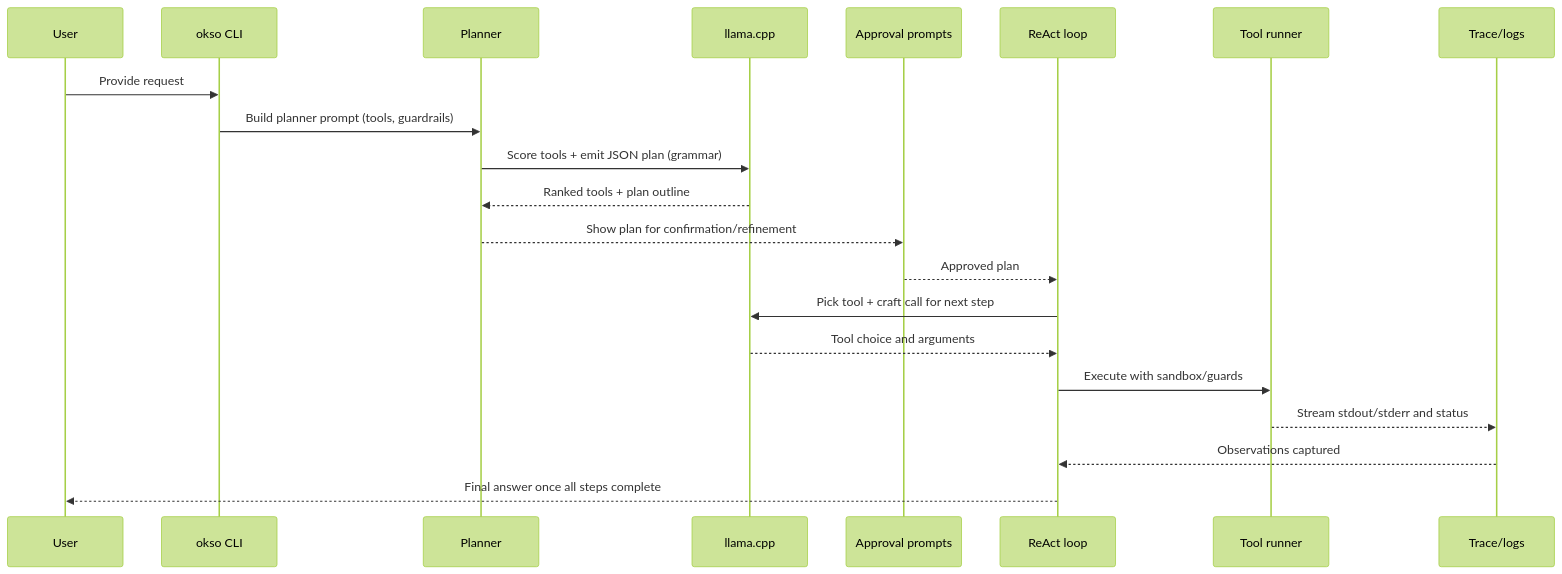
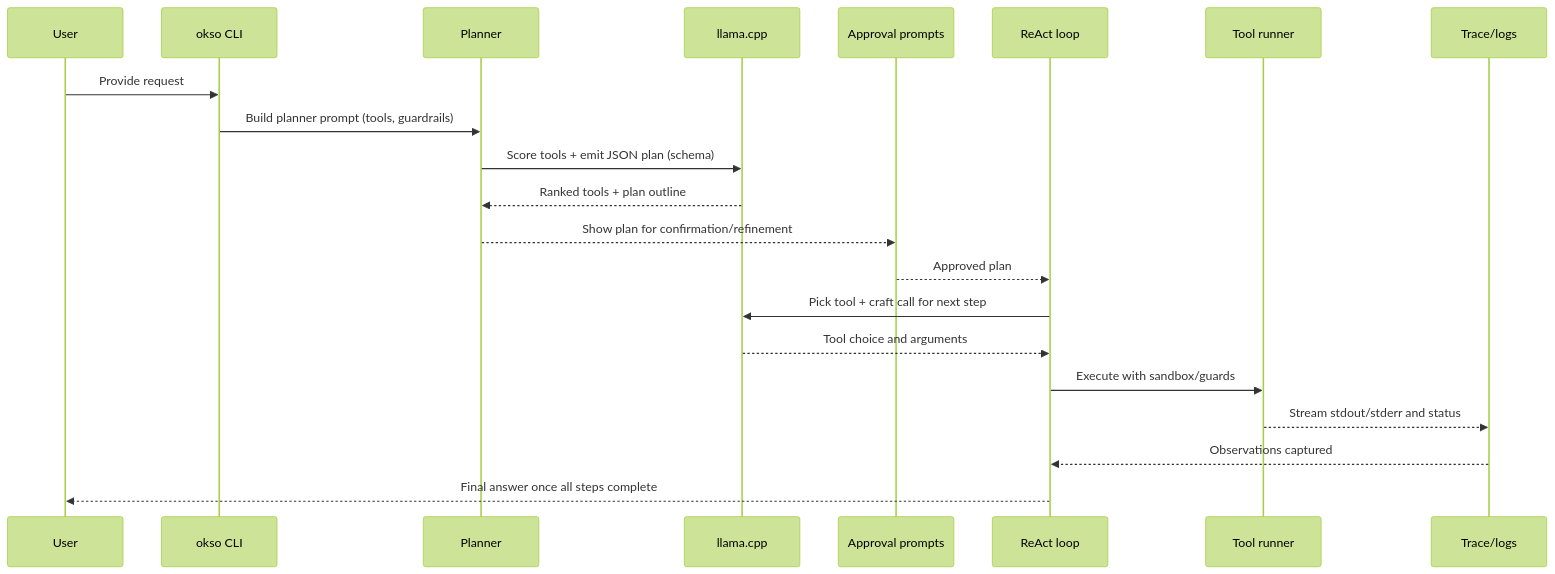
The diagram in docs/reference/architecture.md (cmccomb/do), drawn with Mermaid (forest theme) before and after one commit. The commit also changed other lines of this file and 23 other files, not shown here.

Commit message:
Replace grammar terminology with schema

````diff
--- a/docs/reference/architecture.md
+++ b/docs/reference/architecture.md
@@ -7,24 +7,24 @@
 ```mermaid
 sequenceDiagram
     participant User
     participant CLI as okso CLI
     participant Planner
     participant Llama as llama.cpp
     participant Approver as Approval prompts
     participant ReactLoop as ReAct loop
     participant Tool as Tool runner
     participant Trace as Trace/logs
 
     User->>CLI: Provide request
     CLI->>Planner: Build planner prompt (tools, guardrails)
-    Planner->>Llama: Score tools + emit JSON plan (grammar)
+    Planner->>Llama: Score tools + emit JSON plan (schema)
     Llama-->>Planner: Ranked tools + plan outline
     Planner-->>Approver: Show plan for confirmation/refinement
     Approver-->>ReactLoop: Approved plan
     ReactLoop->>Llama: Pick tool + craft call for next step
     Llama-->>ReactLoop: Tool choice and arguments
     ReactLoop->>Tool: Execute with sandbox/guards
     Tool-->>Trace: Stream stdout/stderr and status
     Trace-->>ReactLoop: Observations captured
     ReactLoop-->>User: Final answer once all steps complete
 ```
````
